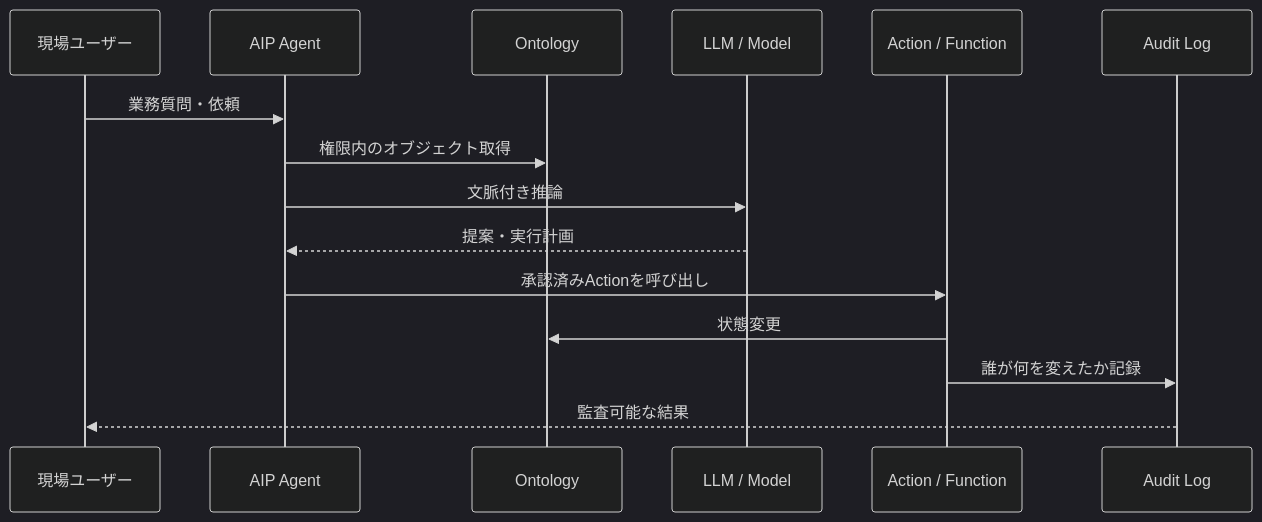
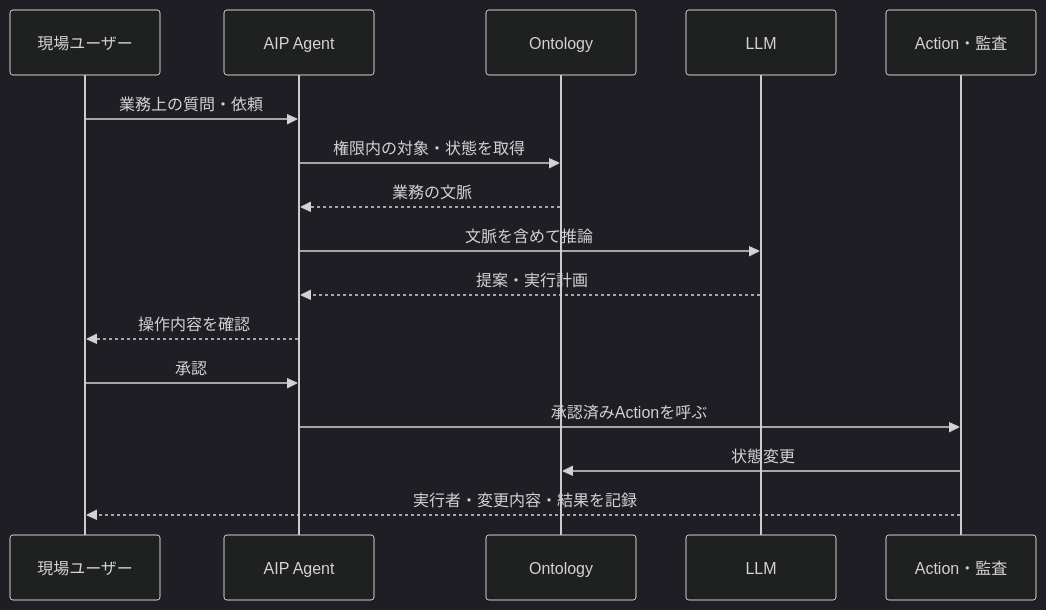
The fourth of 5 diagrams in articles/report/palantir-operational-ai-platform/ja/index.mdx (daylight55/research), drawn with Mermaid (dark theme) before and after one commit. The commit also changed other lines of this file and 181 other files, not shown here.

First line of the commit message:
全記事の図解368点を再生成し、共通注意書きを削除 (#402)

````diff
--- a/articles/report/palantir-operational-ai-platform/ja/index.mdx
+++ b/articles/report/palantir-operational-ai-platform/ja/index.mdx
@@ -140,18 +148,20 @@
 ```mermaid
 sequenceDiagram
-  participant User as 現場ユーザー
-  participant Agent as AIP Agent
-  participant Ont as Ontology
-  participant LLM as LLM / Model
-  participant Act as Action / Function
-  participant Log as Audit Log
-
-  User->>Agent: 業務質問・依頼
-  Agent->>Ont: 権限内のオブジェクト取得
-  Agent->>LLM: 文脈付き推論
-  LLM-->>Agent: 提案・実行計画
-  Agent->>Act: 承認済みActionを呼び出し
-  Act->>Ont: 状態変更
-  Act->>Log: 誰が何を変えたか記録
-  Log-->>User: 監査可能な結果
+  accTitle: AIPの提案から承認済みAction・監査へ
+  accDescr: 取得権限内の文脈で推論し、承認済みの操作だけが状態を変更する。誰が何を変えたかを記録する。
+  participant U as 現場ユーザー
+  participant A as AIP Agent
+  participant O as Ontology
+  participant L as LLM
+  participant X as Action・監査
+  U->>A: 業務上の質問・依頼
+  A->>O: 権限内の対象・状態を取得
+  O-->>A: 業務の文脈
+  A->>L: 文脈を含めて推論
+  L-->>A: 提案・実行計画
+  A-->>U: 操作内容を確認
+  U->>A: 承認
+  A->>X: 承認済みActionを呼ぶ
+  X->>O: 状態変更
+  X-->>U: 実行者・変更内容・結果を記録
 ```
````
